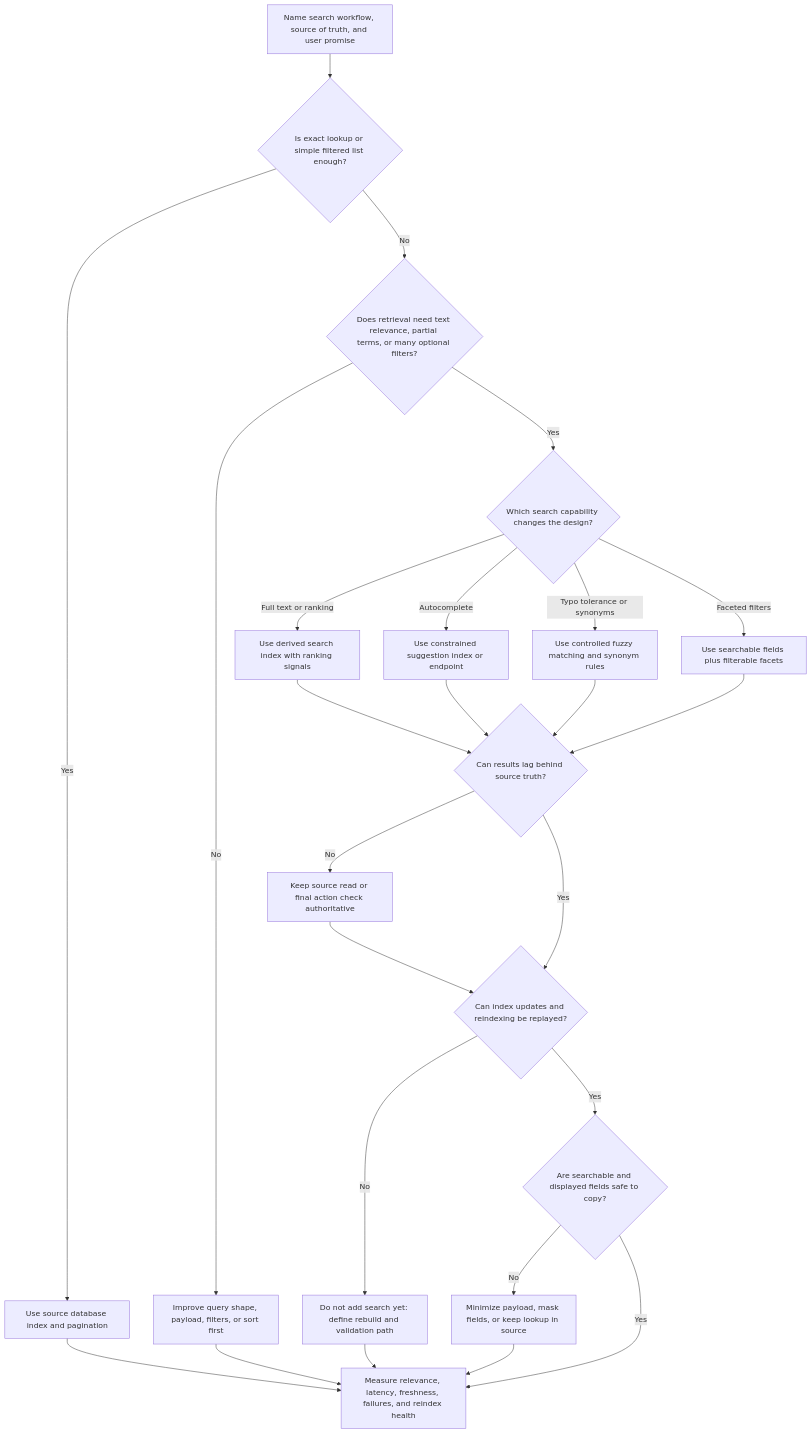
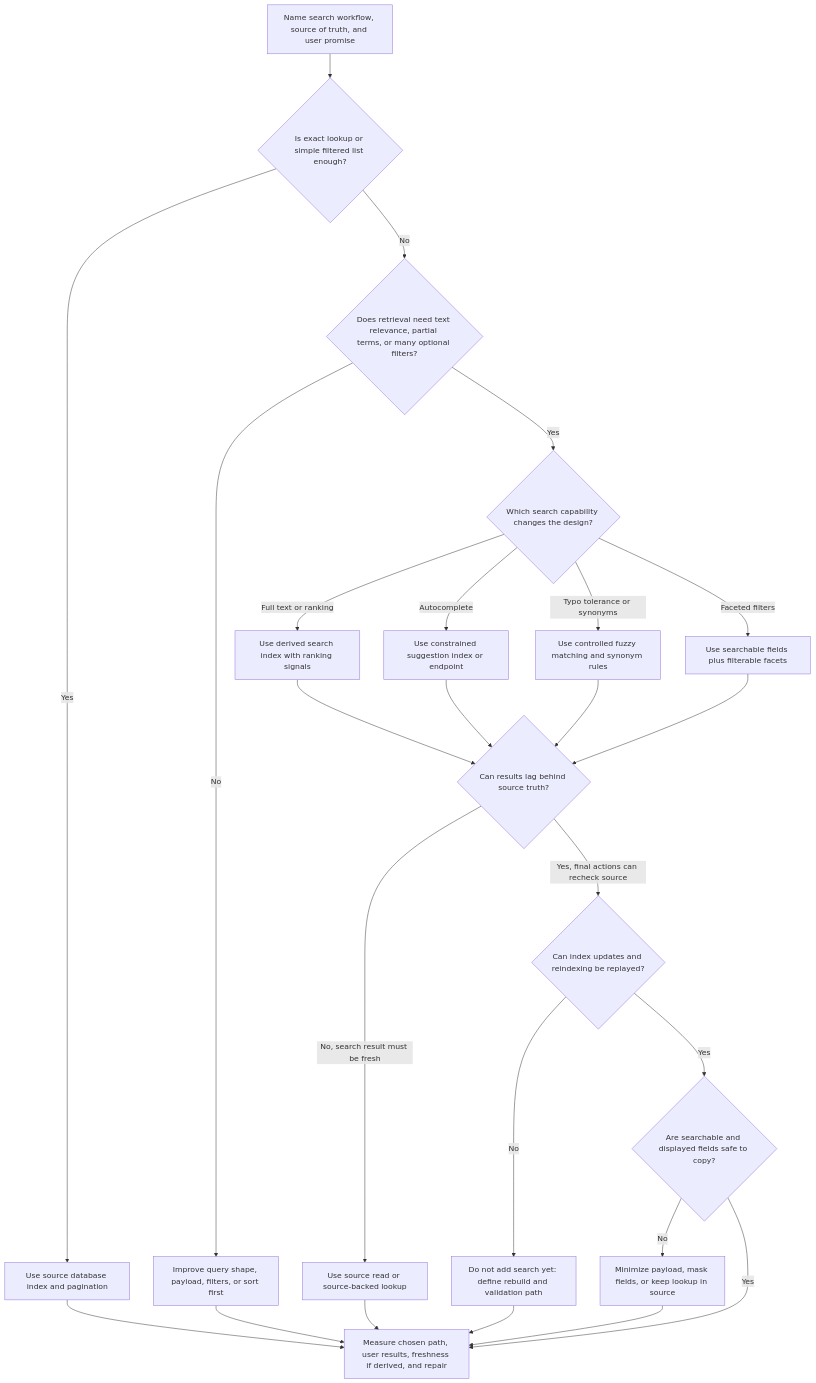
The first of 2 diagrams in docs/components/search-index.md (LeonSilva15/system-design), drawn with Mermaid before and after one commit. The commit also changed other lines of this file, not shown here.

Commit message:
docs(components): SDC-E04-T08 address search review

````diff
--- a/docs/components/search-index.md
+++ b/docs/components/search-index.md
@@ -86,35 +86,35 @@
 ```mermaid
 flowchart TD
     Start[Name search workflow, source of truth, and user promise] --> Exact{Is exact lookup or simple filtered list enough?}
 
     Exact -->|Yes| DbIndex[Use source database index and pagination]
     Exact -->|No| TextNeed{Does retrieval need text relevance, partial terms, or many optional filters?}
 
     TextNeed -->|No| ShapeQuery[Improve query shape, payload, filters, or sort first]
     TextNeed -->|Yes| SearchNeed{Which search capability changes the design?}
 
     SearchNeed -->|Full text or ranking| FullText[Use derived search index with ranking signals]
     SearchNeed -->|Autocomplete| Suggest[Use constrained suggestion index or endpoint]
     SearchNeed -->|Typo tolerance or synonyms| Fuzzy[Use controlled fuzzy matching and synonym rules]
     SearchNeed -->|Faceted filters| Facets[Use searchable fields plus filterable facets]
 
     FullText --> Freshness{Can results lag behind source truth?}
     Suggest --> Freshness
     Fuzzy --> Freshness
     Facets --> Freshness
 
-    Freshness -->|No| SourceCheck[Keep source read or final action check authoritative]
-    Freshness -->|Yes| Pipeline{Can index updates and reindexing be replayed?}
+    Freshness -->|No, search result must be fresh| FreshSearch[Use source read or source-backed lookup]
+    Freshness -->|Yes, final actions can recheck source| Pipeline{Can index updates and reindexing be replayed?}
 
-    SourceCheck --> Pipeline
+    FreshSearch --> Measure
     Pipeline -->|No| Stop[Do not add search yet: define rebuild and validation path]
     Pipeline -->|Yes| Privacy{Are searchable and displayed fields safe to copy?}
 
     Privacy -->|No| Minimize[Minimize payload, mask fields, or keep lookup in source]
-    Privacy -->|Yes| Operate[Measure relevance, latency, freshness, failures, and reindex health]
+    Privacy -->|Yes| Measure[Measure chosen path, user results, freshness if derived, and repair]
 
-    DbIndex --> Operate
-    ShapeQuery --> Operate
-    Stop --> Operate
-    Minimize --> Operate
+    DbIndex --> Measure
+    ShapeQuery --> Measure
+    Stop --> Measure
+    Minimize --> Measure
 ```
````
